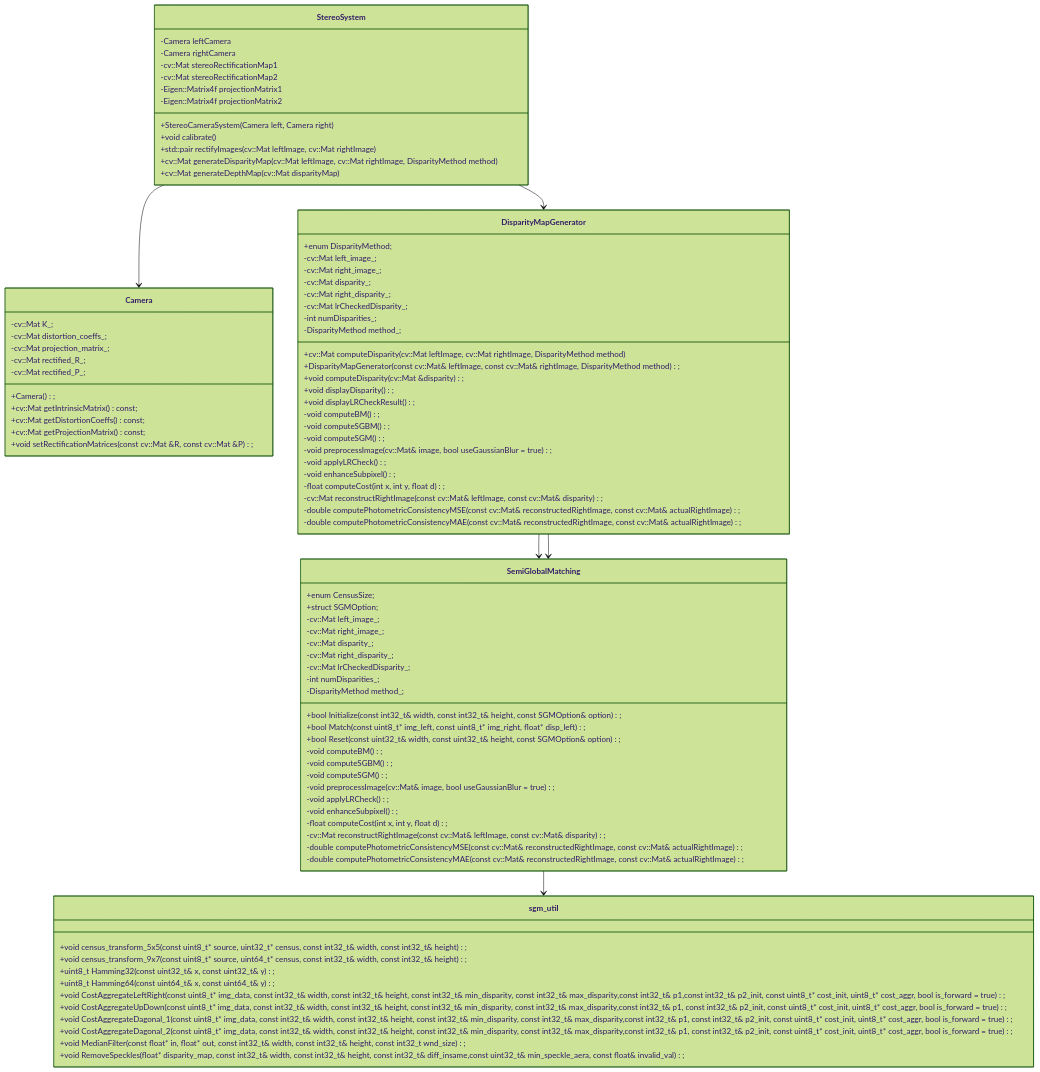
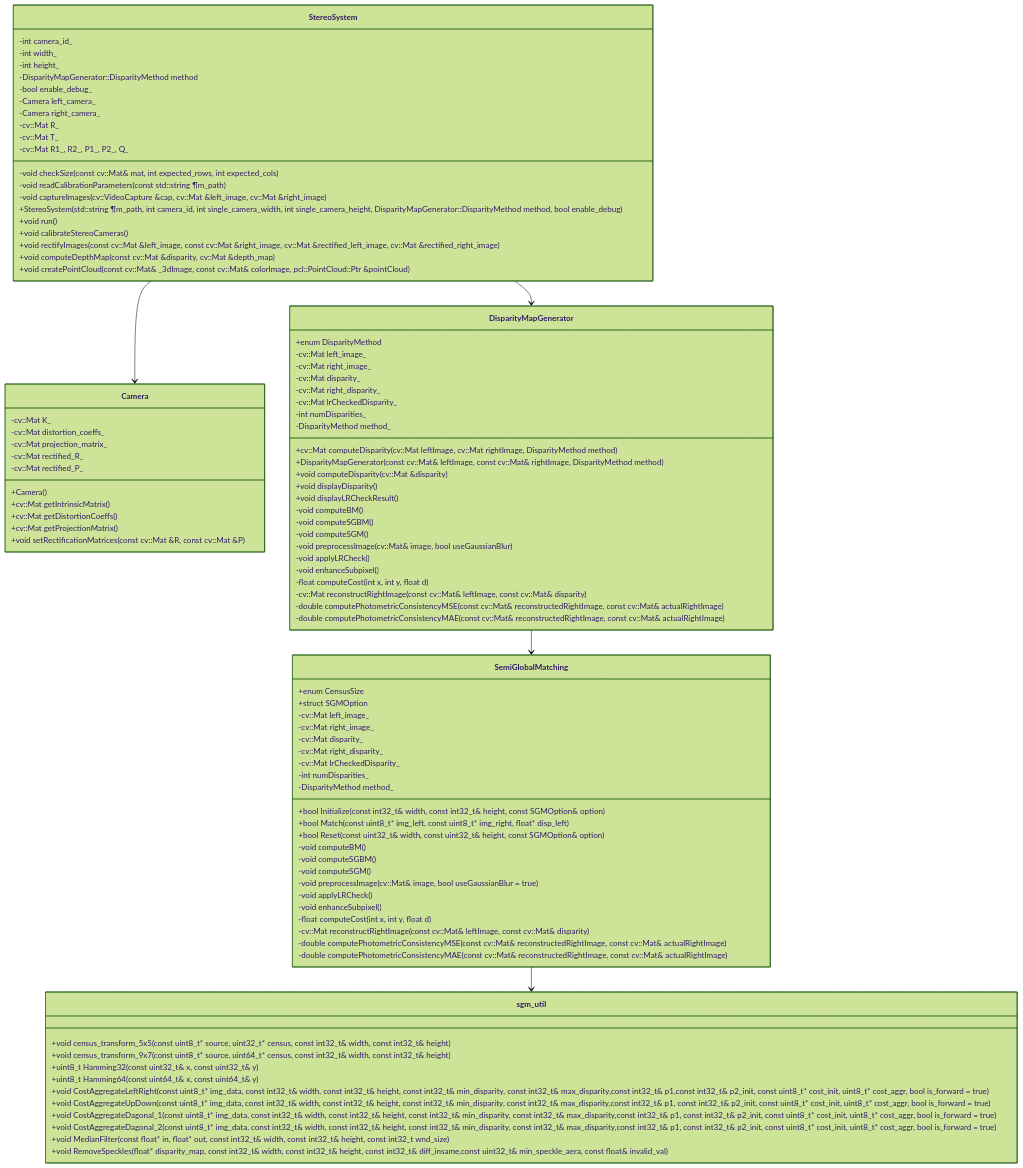
One commit to Blattvorhang/Stereo-Camera-and-3D-Point-Cloud changed the diagram in README.md. Above: the diagram before and after it, drawn with Mermaid (forest theme).

Commit message:
updated README UML

````diff
--- a/README.md
+++ b/README.md
@@ -59,99 +59,111 @@
 ```mermaid
 classDiagram
     class Camera {
-        +Camera();
-        +cv::Mat getIntrinsicMatrix() const;
-        +cv::Mat getDistortionCoeffs() const;
-        +cv::Mat getProjectionMatrix() const;
-        +void setRectificationMatrices(const cv::Mat &R, const cv::Mat &P);
-        -cv::Mat K_;
-        -cv::Mat distortion_coeffs_;
-        -cv::Mat projection_matrix_;
-        -cv::Mat rectified_R_;
-        -cv::Mat rectified_P_;
+        +Camera()
+        +cv::Mat getIntrinsicMatrix()
+        +cv::Mat getDistortionCoeffs()
+        +cv::Mat getProjectionMatrix()
+        +void setRectificationMatrices(const cv::Mat &R, const cv::Mat &P)
+
+        -cv::Mat K_
+        -cv::Mat distortion_coeffs_
+        -cv::Mat projection_matrix_
+        -cv::Mat rectified_R_
+        -cv::Mat rectified_P_
     }
 
     class StereoSystem {
-        -Camera leftCamera
-        -Camera rightCamera
-        -cv::Mat stereoRectificationMap1
-        -cv::Mat stereoRectificationMap2
-        -Eigen::Matrix4f projectionMatrix1
-        -Eigen::Matrix4f projectionMatrix2
-        +StereoCameraSystem(Camera left, Camera right)
-        +void calibrate()
-        +std::pair<cv::Mat, cv::Mat> rectifyImages(cv::Mat leftImage, cv::Mat rightImage)
-        +cv::Mat generateDisparityMap(cv::Mat leftImage, cv::Mat rightImage, DisparityMethod method)
-        +cv::Mat generateDepthMap(cv::Mat disparityMap)
+        -int camera_id_
+        -int width_
+        -int height_
+        -DisparityMapGenerator::DisparityMethod method
+        -bool enable_debug_
+        -Camera left_camera_
+        -Camera right_camera_
+        -cv::Mat R_
+        -cv::Mat T_
+        -cv::Mat R1_, R2_, P1_, P2_, Q_
+
+        -void checkSize(const cv::Mat& mat, int expected_rows, int expected_cols)
+        -void readCalibrationParameters(const std::string &param_path)
+        -void captureImages(cv::VideoCapture &cap, cv::Mat &left_image, cv::Mat &right_image)
+
+        +StereoSystem(std::string &param_path, int camera_id, int single_camera_width, int single_camera_height, DisparityMapGenerator::DisparityMethod method, bool enable_debug)
+        +void run()
+        +void calibrateStereoCameras()
+        +void rectifyImages(const cv::Mat &left_image, const cv::Mat &right_image, cv::Mat &rectified_left_image, cv::Mat &rectified_right_image)
+        +void computeDepthMap(const cv::Mat &disparity, cv::Mat &depth_map)
+        +void createPointCloud(const cv::Mat& _3dImage, const cv::Mat& colorImage, pcl::PointCloud<pcl::PointXYZRGB>::Ptr &pointCloud)
+
+
     }
 
     class DisparityMapGenerator {
         +cv::Mat computeDisparity(cv::Mat leftImage, cv::Mat rightImage, DisparityMethod method)
-        +enum DisparityMethod;
-        +DisparityMapGenerator(const cv::Mat& leftImage, const cv::Mat& rightImage, DisparityMethod method);
-        +void computeDisparity(cv::Mat &disparity);
-        +void displayDisparity();
-        +void displayLRCheckResult();
-        -cv::Mat left_image_;
-        -cv::Mat right_image_;
-        -cv::Mat disparity_;
-        -cv::Mat right_disparity_;
-        -cv::Mat lrCheckedDisparity_;
-        -int numDisparities_;
-        -DisparityMethod method_;
-        -void computeBM();
-        -void computeSGBM();
-        -void computeSGM();
-        -void preprocessImage(cv::Mat& image, bool useGaussianBlur = true);
-        -void applyLRCheck();
-        -void enhanceSubpixel();
-        -float computeCost(int x, int y, float d);
-        -cv::Mat reconstructRightImage(const cv::Mat& leftImage, const cv::Mat& disparity);
-        -double computePhotometricConsistencyMSE(const cv::Mat& reconstructedRightImage, const cv::Mat& actualRightImage);
-        -double computePhotometricConsistencyMAE(const cv::Mat& reconstructedRightImage, const cv::Mat& actualRightImage);
+        +enum DisparityMethod
+        +DisparityMapGenerator(const cv::Mat& leftImage, const cv::Mat& rightImage, DisparityMethod method)
+        +void computeDisparity(cv::Mat &disparity)
+        +void displayDisparity()
+        +void displayLRCheckResult()
+        -cv::Mat left_image_
+        -cv::Mat right_image_
+        -cv::Mat disparity_
+        -cv::Mat right_disparity_
+        -cv::Mat lrCheckedDisparity_
+        -int numDisparities_
+        -DisparityMethod method_
+        -void computeBM()
+        -void computeSGBM()
+        -void computeSGM()
+        -void preprocessImage(cv::Mat& image, bool useGaussianBlur)
+        -void applyLRCheck()
+        -void enhanceSubpixel()
+        -float computeCost(int x, int y, float d)
+        -cv::Mat reconstructRightImage(const cv::Mat& leftImage, const cv::Mat& disparity)
+        -double computePhotometricConsistencyMSE(const cv::Mat& reconstructedRightImage, const cv::Mat& actualRightImage)
+        -double computePhotometricConsistencyMAE(const cv::Mat& reconstructedRightImage, const cv::Mat& actualRightImage)
     }
 
     class SemiGlobalMatching {
-        +enum CensusSize;
-        +struct SGMOption;
-        +bool Initialize(const int32_t& width, const int32_t& height, const SGMOption& option);
-        +bool Match(const uint8_t* img_left, const uint8_t* img_right, float* disp_left);
-        +bool Reset(const uint32_t& width, const uint32_t& height, const SGMOption& option);
-        -cv::Mat left_image_;
-        -cv::Mat right_image_;
-        -cv::Mat disparity_;
-        -cv::Mat right_disparity_;
-        -cv::Mat lrCheckedDisparity_;
-        -int numDisparities_;
-        -DisparityMethod method_;
-        -void computeBM();
-        -void computeSGBM();
-        -void computeSGM();
-        -void preprocessImage(cv::Mat& image, bool useGaussianBlur = true);
-        -void applyLRCheck();
-        -void enhanceSubpixel();
-        -float computeCost(int x, int y, float d);
-        -cv::Mat reconstructRightImage(const cv::Mat& leftImage, const cv::Mat& disparity);
-        -double computePhotometricConsistencyMSE(const cv::Mat& reconstructedRightImage, const cv::Mat& actualRightImage);
-        -double computePhotometricConsistencyMAE(const cv::Mat& reconstructedRightImage, const cv::Mat& actualRightImage);
+        +enum CensusSize
+        +struct SGMOption
+        +bool Initialize(const int32_t& width, const int32_t& height, const SGMOption& option)
+        +bool Match(const uint8_t* img_left, const uint8_t* img_right, float* disp_left)
+        +bool Reset(const uint32_t& width, const uint32_t& height, const SGMOption& option)
+        -cv::Mat left_image_
+        -cv::Mat right_image_
+        -cv::Mat disparity_
+        -cv::Mat right_disparity_
+        -cv::Mat lrCheckedDisparity_
+        -int numDisparities_
+        -DisparityMethod method_
+        -void computeBM()
+        -void computeSGBM()
+        -void computeSGM()
+        -void preprocessImage(cv::Mat& image, bool useGaussianBlur = true)
+        -void applyLRCheck()
+        -void enhanceSubpixel()
+        -float computeCost(int x, int y, float d)
+        -cv::Mat reconstructRightImage(const cv::Mat& leftImage, const cv::Mat& disparity)
+        -double computePhotometricConsistencyMSE(const cv::Mat& reconstructedRightImage, const cv::Mat& actualRightImage)
+        -double computePhotometricConsistencyMAE(const cv::Mat& reconstructedRightImage, const cv::Mat& actualRightImage)
     }
 
     class sgm_util {
-        +void census_transform_5x5(const uint8_t* source, uint32_t* census, const int32_t& width, const int32_t& height);
-        +void census_transform_9x7(const uint8_t* source, uint64_t* census, const int32_t& width, const int32_t& height);
-        +uint8_t Hamming32(const uint32_t& x, const uint32_t& y);
-        +uint8_t Hamming64(const uint64_t& x, const uint64_t& y);
-        +void CostAggregateLeftRight(const uint8_t* img_data, const int32_t& width, const int32_t& height, const int32_t& min_disparity, const int32_t& max_disparity,const int32_t& p1,const int32_t& p2_init, const uint8_t* cost_init, uint8_t* cost_aggr, bool is_forward = true);
-        +void CostAggregateUpDown(const uint8_t* img_data, const int32_t& width, const int32_t& height, const int32_t& min_disparity, const int32_t& max_disparity,const int32_t& p1, const int32_t& p2_init, const uint8_t* cost_init, uint8_t* cost_aggr, bool is_forward = true);
-        +void CostAggregateDagonal_1(const uint8_t* img_data, const int32_t& width, const int32_t& height, const int32_t& min_disparity, const int32_t& max_disparity,const int32_t& p1, const int32_t& p2_init, const uint8_t* cost_init, uint8_t* cost_aggr, bool is_forward = true);
-        +void CostAggregateDagonal_2(const uint8_t* img_data, const int32_t& width, const int32_t& height, const int32_t& min_disparity, const int32_t& max_disparity,const int32_t& p1, const int32_t& p2_init, const uint8_t* cost_init, uint8_t* cost_aggr, bool is_forward = true);
-        +void MedianFilter(const float* in, float* out, const int32_t& width, const int32_t& height, const int32_t wnd_size);
-        +void RemoveSpeckles(float* disparity_map, const int32_t& width, const int32_t& height, const int32_t& diff_insame,const uint32_t& min_speckle_aera, const float& invalid_val);
+        +void census_transform_5x5(const uint8_t* source, uint32_t* census, const int32_t& width, const int32_t& height)
+        +void census_transform_9x7(const uint8_t* source, uint64_t* census, const int32_t& width, const int32_t& height)
+        +uint8_t Hamming32(const uint32_t& x, const uint32_t& y)
+        +uint8_t Hamming64(const uint64_t& x, const uint64_t& y)
+        +void CostAggregateLeftRight(const uint8_t* img_data, const int32_t& width, const int32_t& height, const int32_t& min_disparity, const int32_t& max_disparity,const int32_t& p1,const int32_t& p2_init, const uint8_t* cost_init, uint8_t* cost_aggr, bool is_forward = true)
+        +void CostAggregateUpDown(const uint8_t* img_data, const int32_t& width, const int32_t& height, const int32_t& min_disparity, const int32_t& max_disparity,const int32_t& p1, const int32_t& p2_init, const uint8_t* cost_init, uint8_t* cost_aggr, bool is_forward = true)
+        +void CostAggregateDagonal_1(const uint8_t* img_data, const int32_t& width, const int32_t& height, const int32_t& min_disparity, const int32_t& max_disparity,const int32_t& p1, const int32_t& p2_init, const uint8_t* cost_init, uint8_t* cost_aggr, bool is_forward = true)
+        +void CostAggregateDagonal_2(const uint8_t* img_data, const int32_t& width, const int32_t& height, const int32_t& min_disparity, const int32_t& max_disparity,const int32_t& p1, const int32_t& p2_init, const uint8_t* cost_init, uint8_t* cost_aggr, bool is_forward = true)
+        +void MedianFilter(const float* in, float* out, const int32_t& width, const int32_t& height, const int32_t wnd_size)
+        +void RemoveSpeckles(float* disparity_map, const int32_t& width, const int32_t& height, const int32_t& diff_insame,const uint32_t& min_speckle_aera, const float& invalid_val)
     }
 
     StereoSystem --> Camera
     StereoSystem --> DisparityMapGenerator
     DisparityMapGenerator --> SemiGlobalMatching
-    DisparityMapGenerator --> SemiGlobalMatching
     SemiGlobalMatching --> sgm_util
 ```
````
